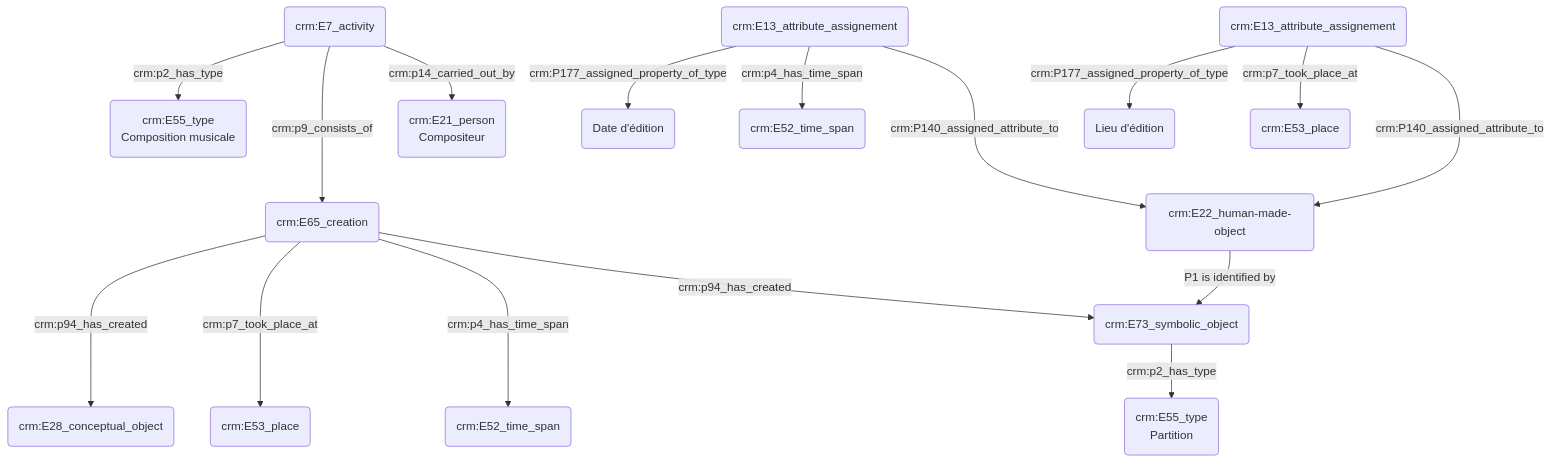
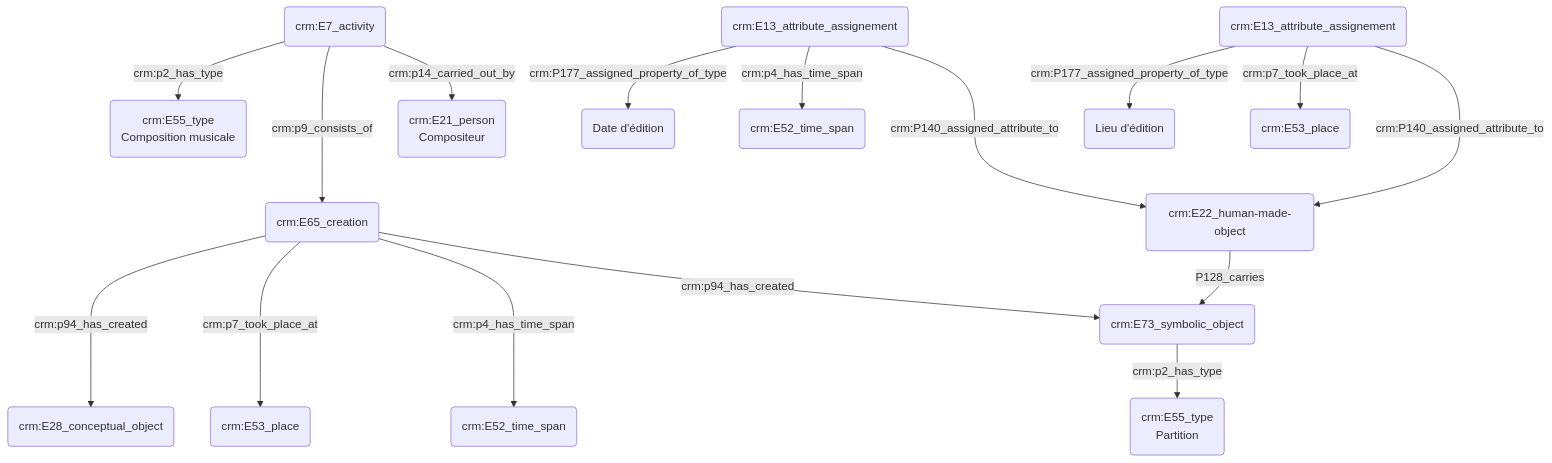
One commit to Amleth/consortium-musica2-gt2-ontologies changed the second of 2 diagrams in modules/indexation_conceptuelle/index.md. Above: the diagram before and after it, drawn with Mermaid. The commit also changed other lines of this file, not shown here.

````diff
--- a/modules/indexation_conceptuelle/index.md
+++ b/modules/indexation_conceptuelle/index.md
@@ -33,24 +33,24 @@
 ```mermaid
 graph TD;
 E(crm:E7_activity) --> |crm:p14_carried_out_by| C(crm:E21_person<br>Compositeur)
 A(crm:E73_symbolic_object) --> |crm:p2_has_type| B(crm:E55_type<br>Partition)
 E(crm:E7_activity) --->|crm:p9_consists_of| D(crm:E65_creation)
 E(crm:E7_activity) --> |crm:p2_has_type| F(crm:E55_type<br>Composition musicale)
 
 D(crm:E65_creation) --> |crm:p94_has_created| A(crm:E36_visual_item)
 D(crm:E65_creation) ---> |crm:p4_has_time_span| H(crm:E52_time_span)
 D(crm:E65_creation) ---> |crm:p7_took_place_at| I(crm:E53_place)
 D(crm:E65_creation) ---> |crm:p94_has_created| P(crm:E28_conceptual_object)
 
-G(crm:E22_human-made-object)--> |P1 is identified by| A(crm:E73_symbolic_object)
+G(crm:E22_human-made-object)--> |P128_carries| A(crm:E73_symbolic_object)
 J(crm:E13_attribute_assignement) ---> |crm:P140_assigned_attribute_to| G(crm:E22_human-made-object)
 J(crm:E13_attribute_assignement) --> |crm:p4_has_time_span| K(crm:E52_time_span)
 J(crm:E13_attribute_assignement) --> |crm:P177_assigned_property_of_type| N(Date d'édition)
 
 L(crm:E13_attribute_assignement) ---> |crm:P140_assigned_attribute_to| G(crm:E22_human-made-object)
 L(crm:E13_attribute_assignement) --> |crm:p7_took_place_at| M(crm:E53_place)
 L(crm:E13_attribute_assignement) --> |crm:P177_assigned_property_of_type| O(Lieu d'édition)
 
 
 
 ```
````
